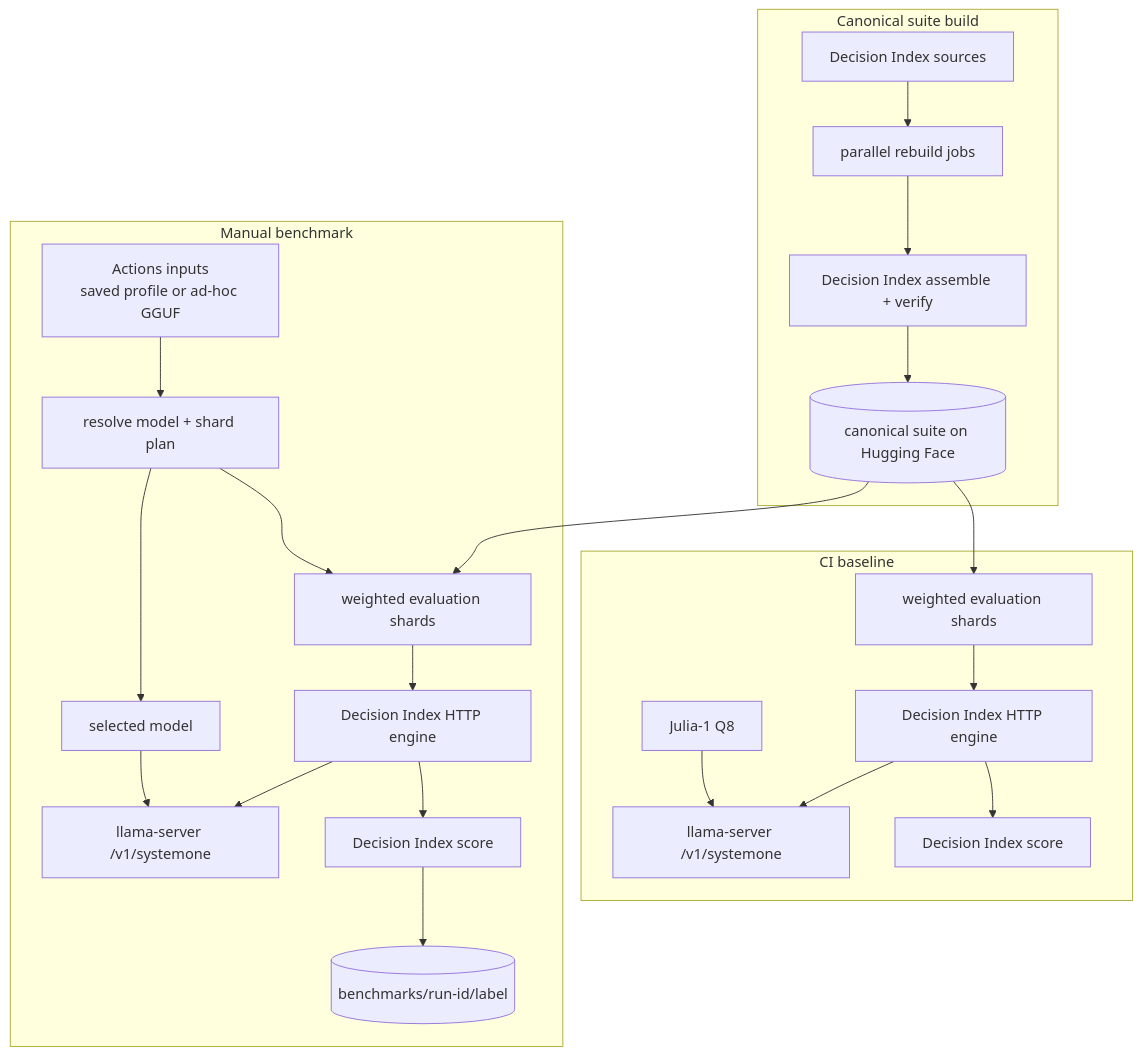
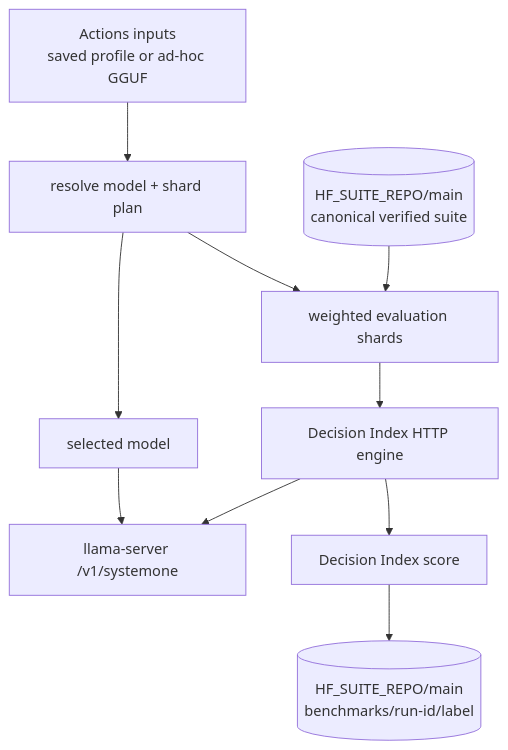
One commit to datGryphon/systemone-eval changed the second of 2 diagrams in .github/PIPELINE.md. Above: the diagram before and after it, drawn with Mermaid. The commit also changed other lines of this file, not shown here.

Commit message:
docs: separate CI and manual data flows

````diff
--- a/.github/PIPELINE.md
+++ b/.github/PIPELINE.md
@@ -13,48 +53,22 @@
 ```mermaid
 flowchart TD
-    subgraph SUITE["Canonical suite build"]
-        SOURCES[Decision Index sources]
-        BUILD[parallel rebuild jobs]
-        ASSEMBLE[Decision Index assemble + verify]
-        CANON[(canonical suite on Hugging Face)]
+    INPUTS[Actions inputs<br/>saved profile or ad-hoc GGUF]
+    PLAN[resolve model + shard plan]
+    CANON[(HF_SUITE_REPO/main<br/>canonical verified suite)]
+    SPLIT[weighted evaluation shards]
+    MODEL[selected model]
+    SERVER[llama-server /v1/systemone]
+    ENGINE[Decision Index HTTP engine]
+    SCORE[Decision Index score]
+    RESULTS[(HF_SUITE_REPO/main<br/>benchmarks/run-id/label)]
 
-        SOURCES --> BUILD
-        BUILD --> ASSEMBLE
-        ASSEMBLE --> CANON
-    end
-
-    subgraph CI["CI baseline"]
-        CI_SPLIT[weighted evaluation shards]
-        JULIA[Julia-1 Q8]
-        CI_SERVER[llama-server /v1/systemone]
-        CI_ENGINE[Decision Index HTTP engine]
-        CI_SCORE[Decision Index score]
-
-        CANON --> CI_SPLIT
-        CI_SPLIT --> CI_ENGINE
-        JULIA --> CI_SERVER
-        CI_ENGINE --> CI_SERVER
-        CI_ENGINE --> CI_SCORE
-    end
-
-    subgraph MANUAL["Manual benchmark"]
-        INPUTS[Actions inputs<br/>saved profile or ad-hoc GGUF]
-        PLAN[resolve model + shard plan]
-        RUN_SPLIT[weighted evaluation shards]
-        MODEL[selected model]
-        RUN_SERVER[llama-server /v1/systemone]
-        RUN_ENGINE[Decision Index HTTP engine]
-        RUN_SCORE[Decision Index score]
-        RESULTS[(benchmarks/run-id/label)]
-
-        INPUTS --> PLAN
-        PLAN --> MODEL
-        PLAN --> RUN_SPLIT
-        CANON --> RUN_SPLIT
-        RUN_SPLIT --> RUN_ENGINE
-        MODEL --> RUN_SERVER
-        RUN_ENGINE --> RUN_SERVER
-        RUN_ENGINE --> RUN_SCORE
-        RUN_SCORE --> RESULTS
-    end
+    INPUTS --> PLAN
+    PLAN --> MODEL
+    PLAN --> SPLIT
+    CANON --> SPLIT
+    SPLIT --> ENGINE
+    MODEL --> SERVER
+    ENGINE --> SERVER
+    ENGINE --> SCORE
+    SCORE --> RESULTS
 ```
````
